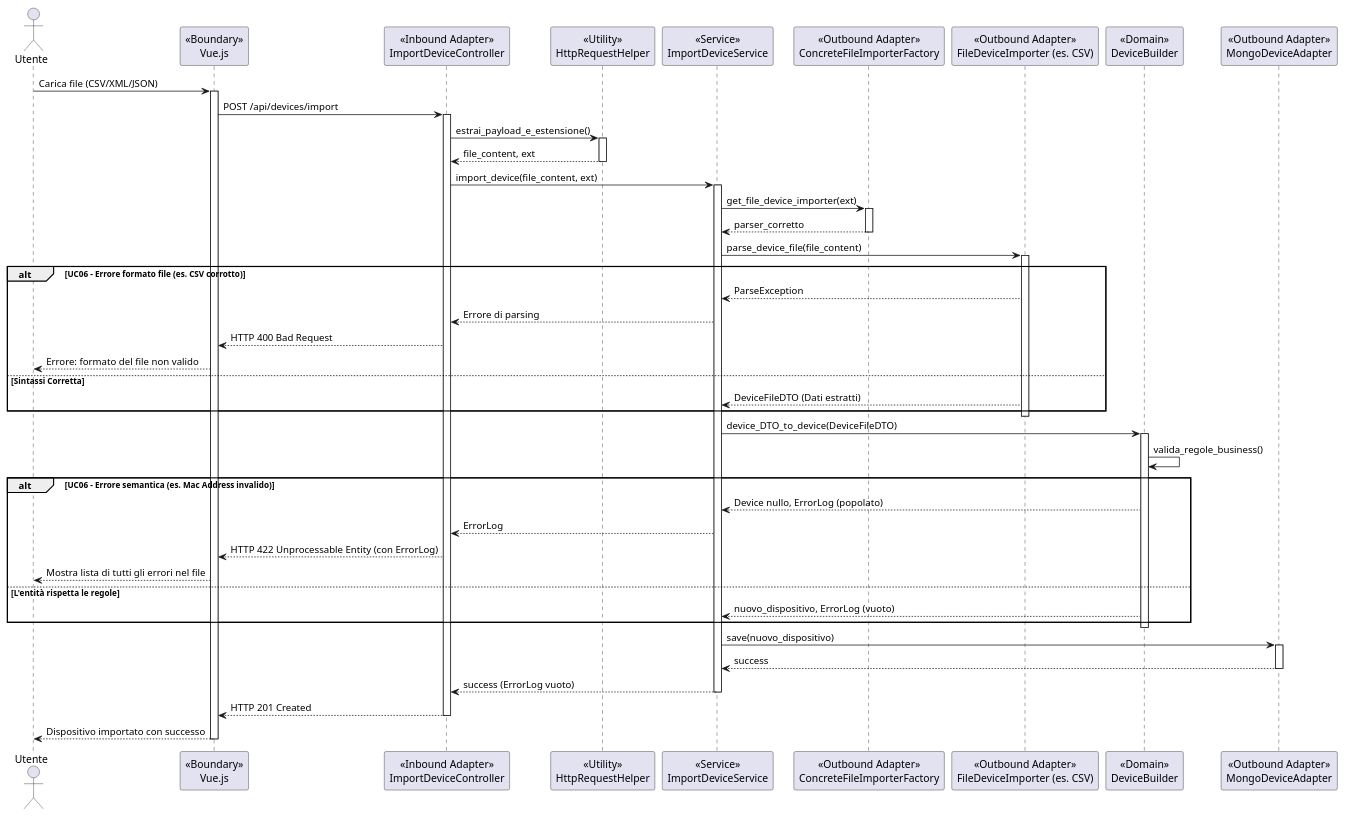
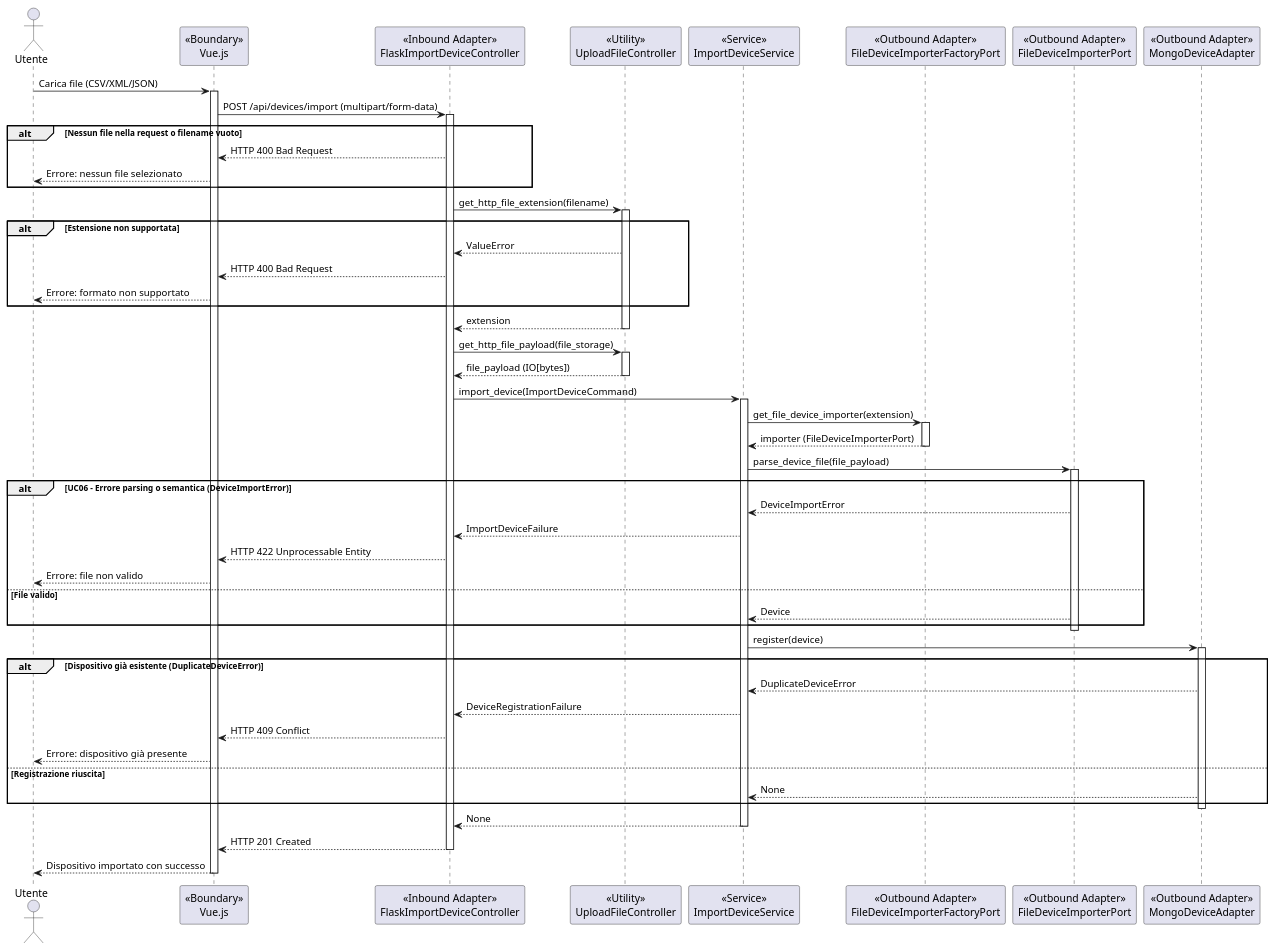
The diagram in src/PB/DocumentazioneEsterna/Specifica_Tecnica/content/03-architettura/Diagrammi_sequenza/Importazione_dispositivo.puml (GroupRubberDuck/Documentazione), drawn with PlantUML before and after one commit. The commit also changed 11 other files, not shown here.

```diff
--- a/src/PB/DocumentazioneEsterna/Specifica_Tecnica/content/03-architettura/Diagrammi_sequenza/Importazione_dispositivo.puml
+++ b/src/PB/DocumentazioneEsterna/Specifica_Tecnica/content/03-architettura/Diagrammi_sequenza/Importazione_dispositivo.puml
@@ -1,72 +1,81 @@
 @startuml Importazione_dispositivo_uc05_06
 
 actor "Utente" as utente
 participant "<<Boundary>>\nVue.js" as vue
-participant "<<Inbound Adapter>>\nImportDeviceController" as controller
-participant "<<Utility>>\nHttpRequestHelper" as helper
+participant "<<Inbound Adapter>>\nFlaskImportDeviceController" as controller
+participant "<<Utility>>\nUploadFileController" as helper
 participant "<<Service>>\nImportDeviceService" as service
-participant "<<Outbound Adapter>>\nConcreteFileImporterFactory" as factory
-participant "<<Outbound Adapter>>\nFileDeviceImporter (es. CSV)" as parser
-participant "<<Domain>>\nDeviceBuilder" as builder
+participant "<<Outbound Adapter>>\nFileDeviceImporterFactoryPort" as factory
+participant "<<Outbound Adapter>>\nFileDeviceImporterPort" as parser
 participant "<<Outbound Adapter>>\nMongoDeviceAdapter" as repo
 
 utente -> vue: Carica file (CSV/XML/JSON)
 activate vue
 
-vue -> controller: POST /api/devices/import
+vue -> controller: POST /api/devices/import (multipart/form-data)
 activate controller
 
-controller -> helper: estrai_payload_e_estensione()
+alt Nessun file nella request o filename vuoto
+    controller --> vue: HTTP 400 Bad Request
+    vue --> utente: Errore: nessun file selezionato
+end
+
+controller -> helper: get_http_file_extension(filename)
 activate helper
-helper --> controller: file_content, ext
+alt Estensione non supportata
+    helper --> controller: ValueError
+    controller --> vue: HTTP 400 Bad Request
+    vue --> utente: Errore: formato non supportato
+end
+helper --> controller: extension
 deactivate helper
 
-controller -> service: import_device(file_content, ext)
+controller -> helper: get_http_file_payload(file_storage)
+activate helper
+helper --> controller: file_payload (IO[bytes])
+deactivate helper
+
+controller -> service: import_device(ImportDeviceCommand)
 activate service
 
-service -> factory: get_file_device_importer(ext)
+service -> factory: get_file_device_importer(extension)
 activate factory
-factory --> service: parser_corretto
+factory --> service: importer (FileDeviceImporterPort)
 deactivate factory
 
-service -> parser: parse_device_file(file_content)
+service -> parser: parse_device_file(file_payload)
 activate parser
-alt UC06 - Errore formato file (es. CSV corrotto)
-    parser --> service: ParseException
-    service --> controller: Errore di parsing
-    controller --> vue: HTTP 400 Bad Request
-    vue --> utente: Errore: formato del file non valido
-else Sintassi Corretta
-    parser --> service: DeviceFileDTO (Dati estratti)
+
+alt UC06 - Errore parsing o semantica (DeviceImportError)
+    parser --> service: DeviceImportError
+    service --> controller: ImportDeviceFailure
+    controller --> vue: HTTP 422 Unprocessable Entity
+    vue --> utente: Errore: file non valido
+else File valido
+    parser --> service: Device
 end
 deactivate parser
 
-service -> builder: device_DTO_to_device(DeviceFileDTO)
-activate builder
-builder -> builder: valida_regole_business()
+service -> repo: register(device)
+activate repo
 
-alt UC06 - Errore semantica (es. Mac Address invalido)
-    builder --> service: Device nullo, ErrorLog (popolato)
-    service --> controller: ErrorLog
-    controller --> vue: HTTP 422 Unprocessable Entity (con ErrorLog)
-    vue --> utente: Mostra lista di tutti gli errori nel file
-else L'entità rispetta le regole
-    builder --> service: nuovo_dispositivo, ErrorLog (vuoto)
+alt Dispositivo già esistente (DuplicateDeviceError)
+    repo --> service: DuplicateDeviceError
+    service --> controller: DeviceRegistrationFailure
+    controller --> vue: HTTP 409 Conflict
+    vue --> utente: Errore: dispositivo già presente
+else Registrazione riuscita
+    repo --> service: None
 end
-deactivate builder
-
-service -> repo: save(nuovo_dispositivo)
-activate repo
-repo --> service: success
 deactivate repo
 
-service --> controller: success (ErrorLog vuoto)
+service --> controller: None
 deactivate service
 
 controller --> vue: HTTP 201 Created
 deactivate controller
 
 vue --> utente: Dispositivo importato con successo
 deactivate vue
 
 @enduml
```
